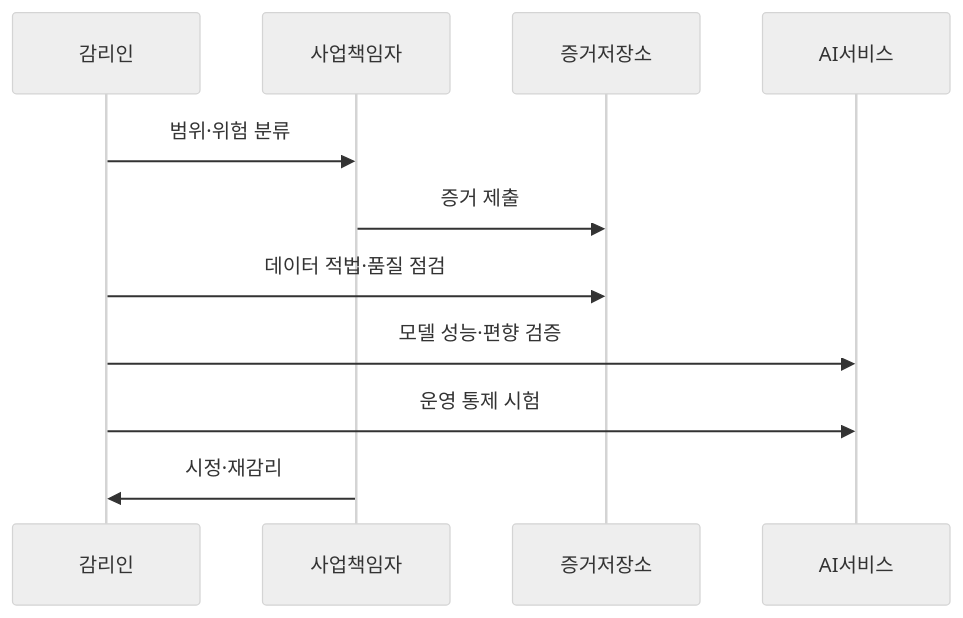
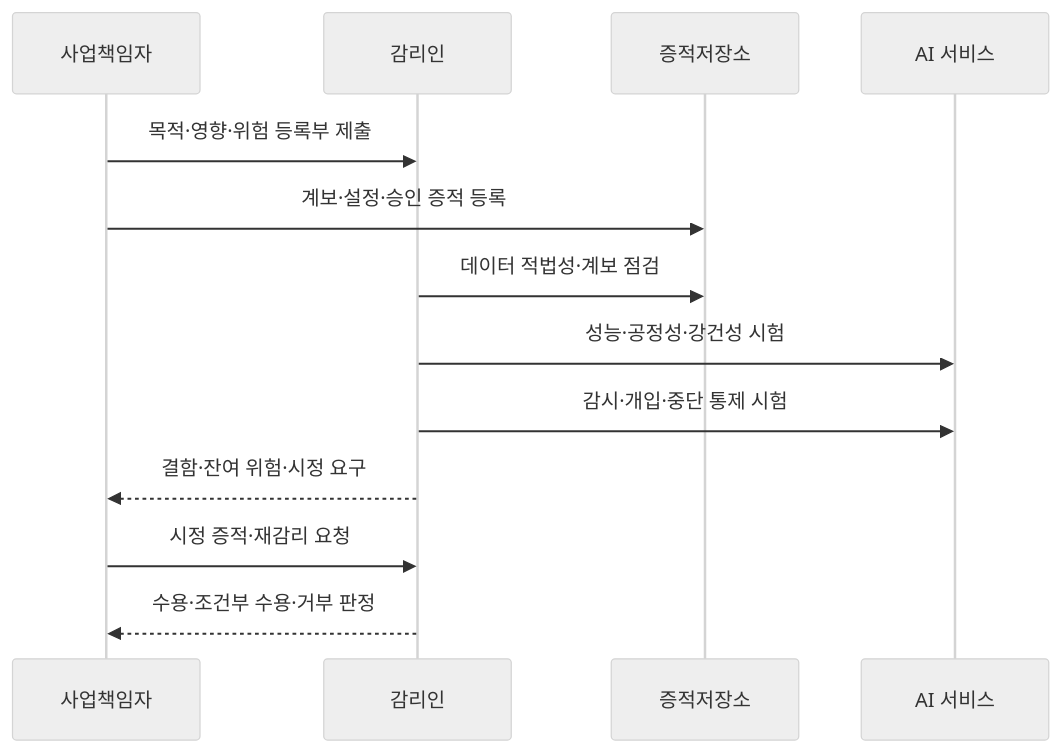
The second of 2 diagrams in src/content/docs/notes/03-software/228_ai_software_audit.md (agnusdei1207/knowledge-base), drawn with Mermaid (neutral theme) before and after one commit. The commit also changed other lines of this file and 1 other file, not shown here.

````diff
--- a/src/content/docs/notes/03-software/228_ai_software_audit.md
+++ b/src/content/docs/notes/03-software/228_ai_software_audit.md
@@ -80,13 +85,15 @@
 ```mermaid
 sequenceDiagram
-    participant 감리인
-    participant 사업책임자
-    participant 증거저장소
-    participant AI서비스
-    감리인->>사업책임자: 범위·위험 분류
-    사업책임자->>증거저장소: 증거 제출
-    감리인->>증거저장소: 데이터 적법·품질 점검
-    감리인->>AI서비스: 모델 성능·편향 검증
-    감리인->>AI서비스: 운영 통제 시험
-    사업책임자->>감리인: 시정·재감리
+    participant O as 사업책임자
+    participant A as 감리인
+    participant E as 증적저장소
+    participant S as AI 서비스
+    O->>A: 목적·영향·위험 등록부 제출
+    O->>E: 계보·설정·승인 증적 등록
+    A->>E: 데이터 적법성·계보 점검
+    A->>S: 성능·공정성·강건성 시험
+    A->>S: 감시·개입·중단 통제 시험
+    A-->>O: 결함·잔여 위험·시정 요구
+    O->>A: 시정 증적·재감리 요청
+    A-->>O: 수용·조건부 수용·거부 판정
 ```
````
